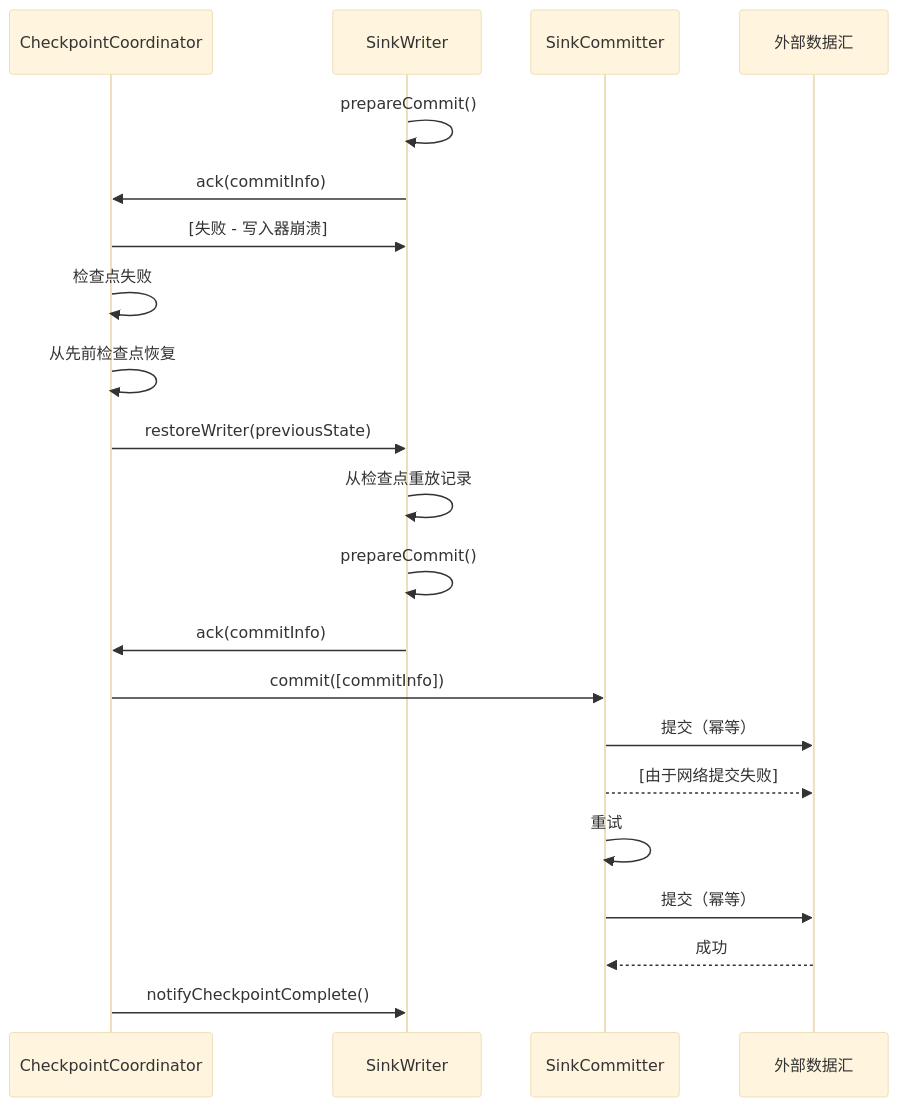
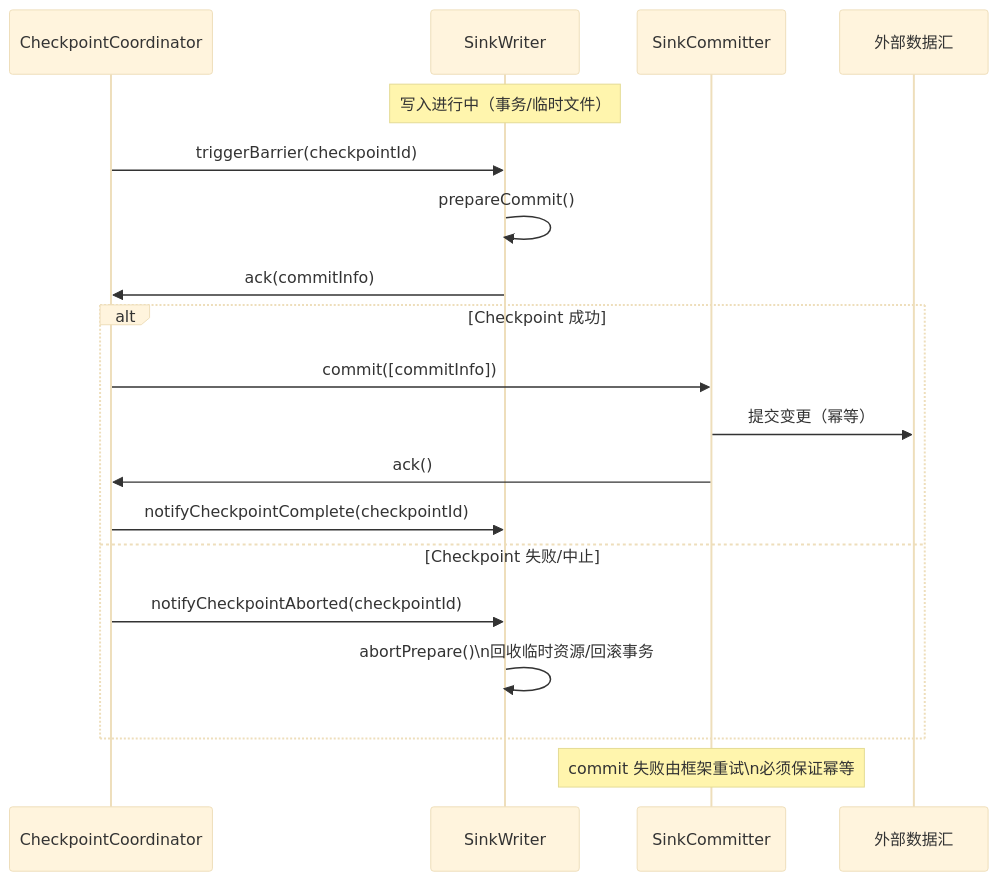
Before and after one commit to apache/seatunnel: the second of 2 diagrams in docs/zh/architecture/api-design/sink-architecture.md, drawn with Mermaid (base theme). The commit also changed other lines of this file and 11 other files, not shown here.

````diff
--- a/docs/zh/architecture/api-design/sink-architecture.md
+++ b/docs/zh/architecture/api-design/sink-architecture.md
@@ -191,30 +147,25 @@
 ```mermaid
 sequenceDiagram
     participant CP as CheckpointCoordinator
     participant Writer as SinkWriter
     participant Committer as SinkCommitter
     participant Sink as 外部数据汇
 
+    Note over Writer: 写入进行中（事务/临时文件）
+
+    CP->>Writer: triggerBarrier(checkpointId)
     Writer->>Writer: prepareCommit()
     Writer->>CP: ack(commitInfo)
 
-    CP->>Writer: [失败 - 写入器崩溃]
+    alt Checkpoint 成功
+        CP->>Committer: commit([commitInfo])
+        Committer->>Sink: 提交变更（幂等）
+        Committer->>CP: ack()
+        CP->>Writer: notifyCheckpointComplete(checkpointId)
+    else Checkpoint 失败/中止
+        CP->>Writer: notifyCheckpointAborted(checkpointId)
+        Writer->>Writer: abortPrepare()\n回收临时资源/回滚事务
+    end
 
-    CP->>CP: 检查点失败
-    CP->>CP: 从先前检查点恢复
-
-    CP->>Writer: restoreWriter(previousState)
-    Writer->>Writer: 从检查点重放记录
-
-    Writer->>Writer: prepareCommit()
-    Writer->>CP: ack(commitInfo)
-
-    CP->>Committer: commit([commitInfo])
-    Committer->>Sink: 提交（幂等）
-    Committer-->>Sink: [由于网络提交失败]
-    Committer->>Committer: 重试
-    Committer->>Sink: 提交（幂等）
-    Sink-->>Committer: 成功
-
-    CP->>Writer: notifyCheckpointComplete()
+    Note over Committer: commit 失败由框架重试\n必须保证幂等
 ```
````
